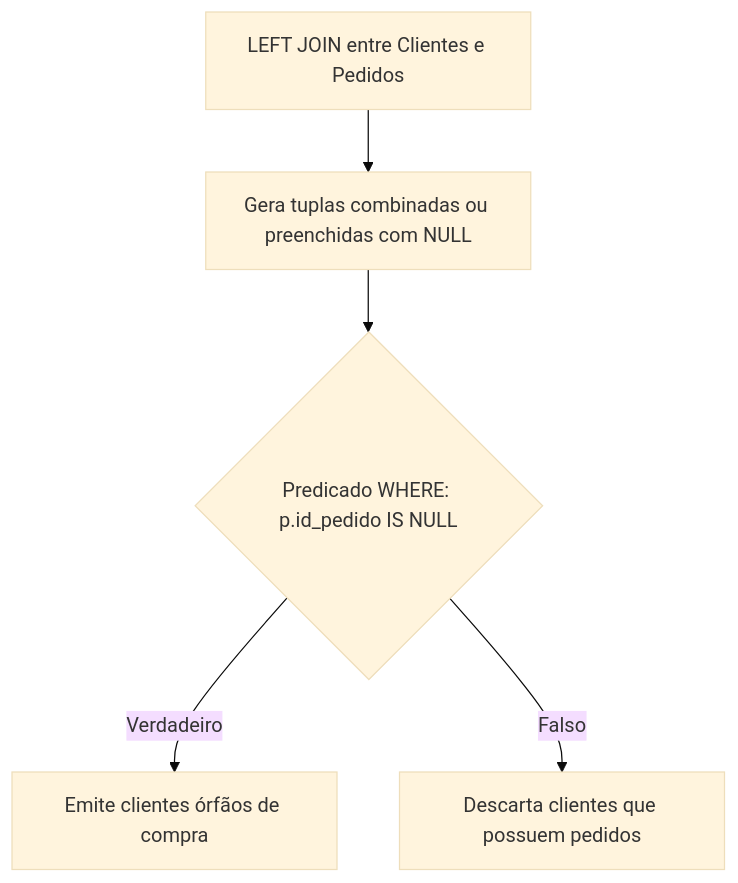
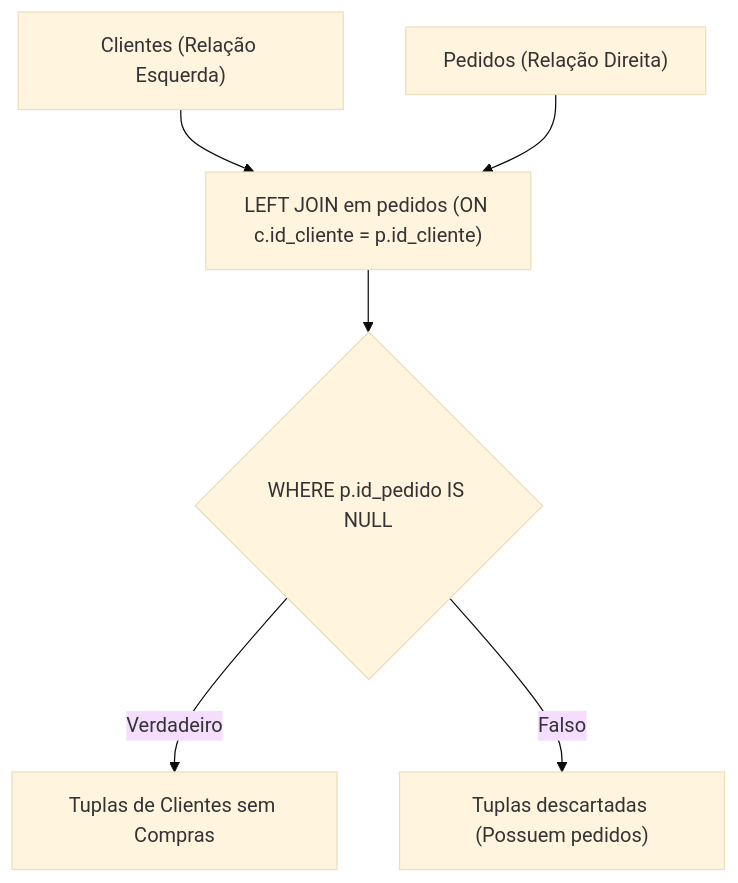
The fifth of 15 diagrams in 4º Semestre/[Prof. Welington Garcia] Tópicos Avançados em Banco de Dados/Resumos-IA/Simulados-Comentados.md (murilolol/unifef), drawn with Mermaid (base theme) before and after one commit. The commit also changed other lines of this file and 18 other files, not shown here.

````diff
--- a/4º Semestre/[Prof. Welington Garcia] Tópicos Avançados em Banco de Dados/Resumos-IA/Simulados-Comentados.md
+++ b/4º Semestre/[Prof. Welington Garcia] Tópicos Avançados em Banco de Dados/Resumos-IA/Simulados-Comentados.md
@@ -438,7 +361,8 @@
 ```mermaid
 flowchart TD
-    A["LEFT JOIN entre Clientes e Pedidos"] --> B["Gera tuplas combinadas ou preenchidas com NULL"]
-    B --> C{"Predicado WHERE: p.id_pedido IS NULL"}
-    C -->|"Verdadeiro"| D["Emite clientes órfãos de compra"]
-    C -->|"Falso"| E["Descarta clientes que possuem pedidos"]
+  L["Clientes (Relação Esquerda)"] --> J["LEFT JOIN em pedidos (ON c.id_cliente = p.id_cliente)"]
+  R["Pedidos (Relação Direita)"] --> J
+  J --> Filtro{"WHERE p.id_pedido IS NULL"}
+  Filtro -- Verdadeiro --> Out["Tuplas de Clientes sem Compras"]
+  Filtro -- Falso --> Disc["Tuplas descartadas (Possuem pedidos)"]
 ```
````
